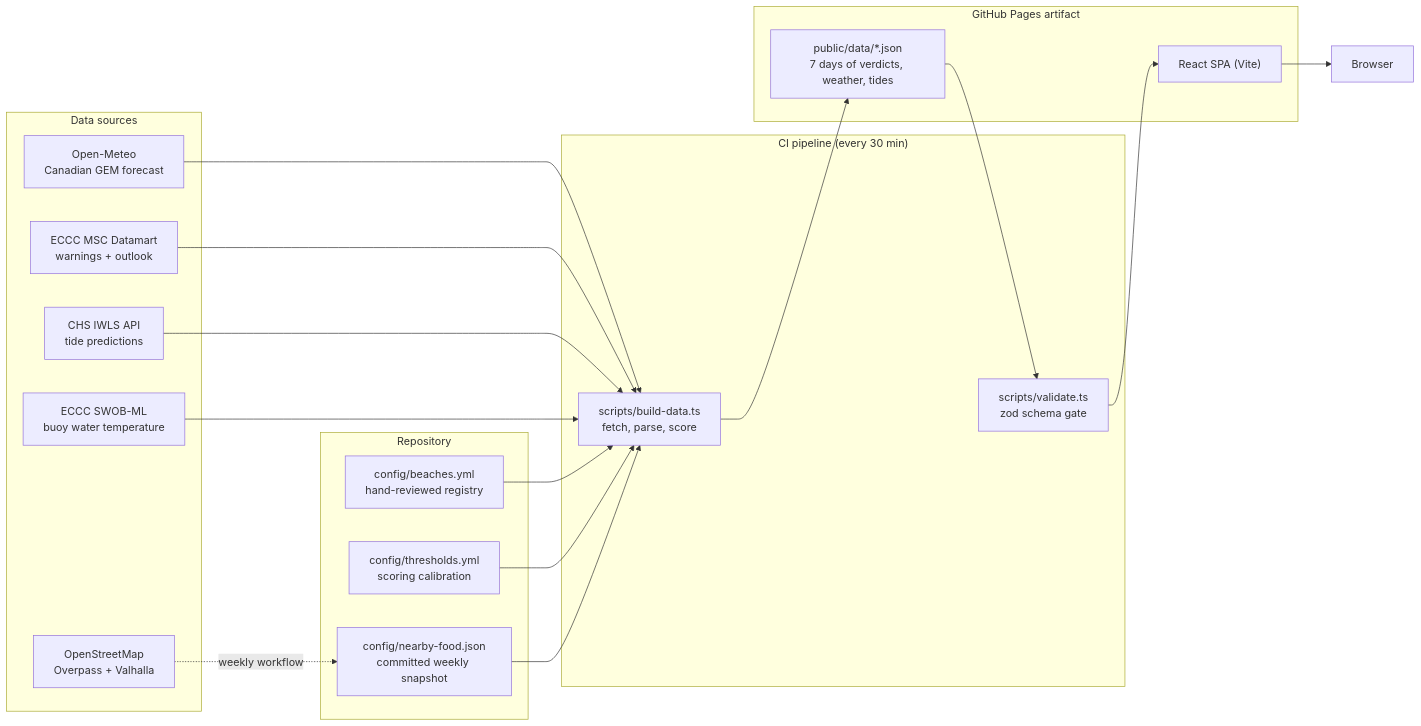
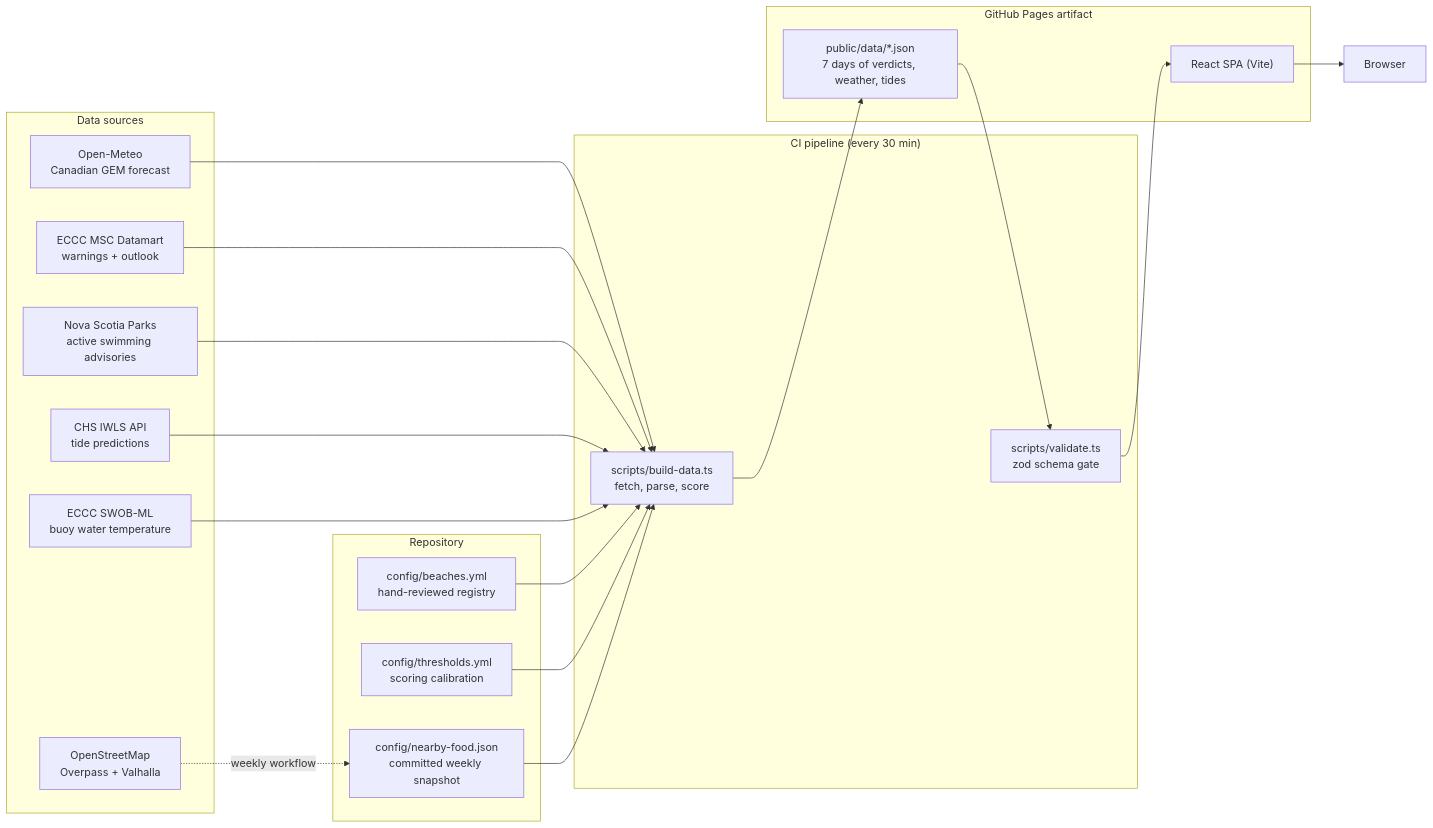
The first of 2 diagrams in docs/ARCHITECTURE.md (gruberb/whenshouldigotothebeach), drawn with Mermaid before and after one commit. The commit also changed other lines of this file and 21 other files, not shown here.

````diff
--- a/docs/ARCHITECTURE.md
+++ b/docs/ARCHITECTURE.md
@@ -54,39 +57,41 @@
 ```mermaid
 flowchart LR
     subgraph sources["Data sources"]
         GEM["Open-Meteo<br/>Canadian GEM forecast"]
         ECCC["ECCC MSC Datamart<br/>warnings + outlook"]
+        NSP["Nova Scotia Parks<br/>active swimming advisories"]
         CHS["CHS IWLS API<br/>tide predictions"]
         SWOB["ECCC SWOB-ML<br/>buoy water temperature"]
         OSM["OpenStreetMap<br/>Overpass + Valhalla"]
     end
 
     subgraph repo["Repository"]
         REG["config/beaches.yml<br/>hand-reviewed registry"]
         THR["config/thresholds.yml<br/>scoring calibration"]
         FOOD["config/nearby-food.json<br/>committed weekly snapshot"]
     end
 
     subgraph pipeline["CI pipeline (every 30 min)"]
         BUILD["scripts/build-data.ts<br/>fetch, parse, score"]
         VAL["scripts/validate.ts<br/>zod schema gate"]
     end
 
     subgraph site["GitHub Pages artifact"]
         JSON["public/data/*.json<br/>7 days of verdicts, weather, tides"]
         SPA["React SPA (Vite)"]
     end
 
     GEM --> BUILD
     ECCC --> BUILD
+    NSP --> BUILD
     CHS --> BUILD
     SWOB --> BUILD
     OSM -. "weekly workflow" .-> FOOD
     REG --> BUILD
     THR --> BUILD
     FOOD --> BUILD
     BUILD --> JSON
     JSON --> VAL
     VAL --> SPA
     SPA --> Browser
 ```
````
